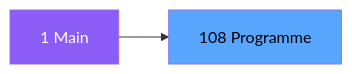
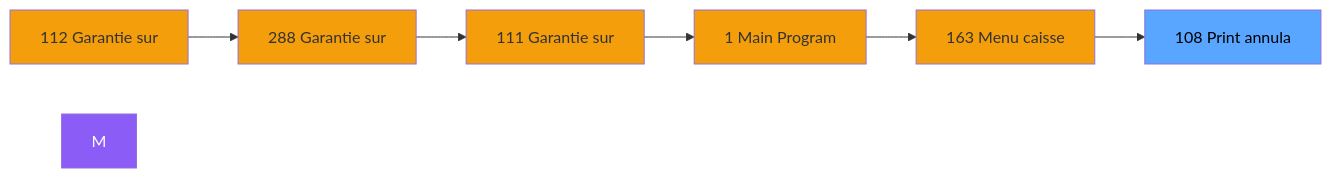
Before and after one commit to thonyAGP/magic-migration: the second of 3 diagrams in .openspec/specs/ADH-IDE-108.md, drawn with Mermaid. The commit also changed other lines of this file and 323 other files, not shown here.

````diff
--- a/.openspec/specs/ADH-IDE-108.md
+++ b/.openspec/specs/ADH-IDE-108.md
@@ -102,8 +116,21 @@
 ```mermaid
 graph LR
-    M[1 Main]
-    T[108 Programme]
-    M --> T
+    N112[112 Garantie sur]
+    N288[288 Garantie sur]
+    N111[111 Garantie sur]
+    N1[1 Main Program]
+    N163[163 Menu caisse ]
+    T[108 Print annula]
+    N112 --> N288
+    N288 --> N111
+    N111 --> N1
+    N1 --> N163
+    N163 --> T
     style M fill:#8b5cf6,color:#fff
+    style N112 fill:#f59e0b
+    style N288 fill:#f59e0b
+    style N111 fill:#f59e0b
+    style N1 fill:#f59e0b
+    style N163 fill:#f59e0b
     style T fill:#58a6ff,color:#000
 ```
````
